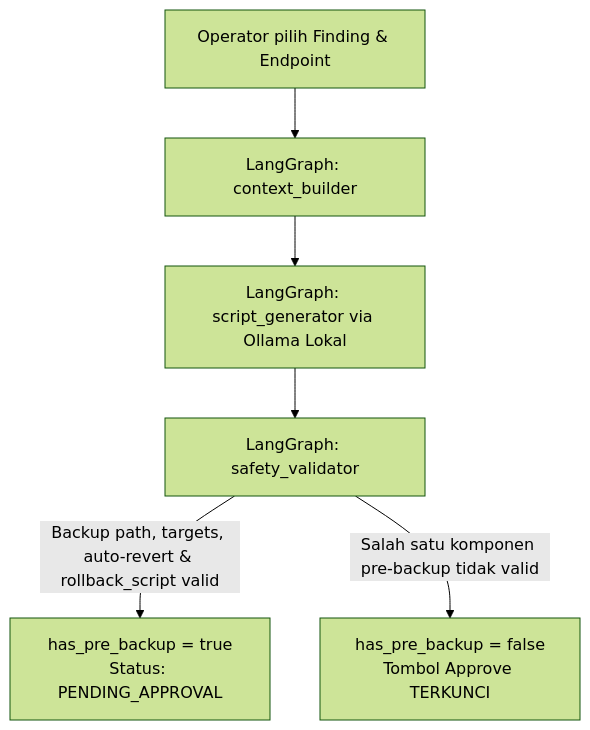
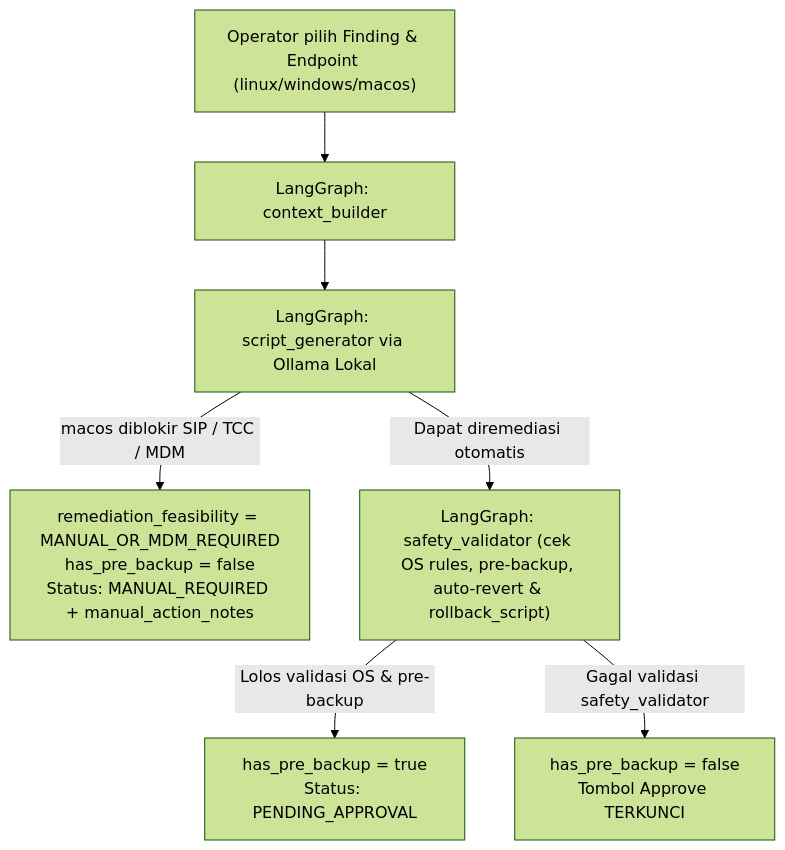
One commit to hardiyan46/Q-Shields changed the third of 5 diagrams in docs/PRD-Phase-1.md. Above: the diagram before and after it, drawn with Mermaid (forest theme). The commit also changed other lines of this file and 1 other file, not shown here.

Commit message:
docs: add PROJECT_SPEC.md and align PRD-Phase-1.md for linux, windows, and macos

````diff
--- a/docs/PRD-Phase-1.md
+++ b/docs/PRD-Phase-1.md
@@ -183,8 +196,9 @@
 ```mermaid
 flowchart TD
-    A["Operator pilih Finding & Endpoint"] --> B["LangGraph: context_builder"]
+    A["Operator pilih Finding & Endpoint (linux/windows/macos)"] --> B["LangGraph: context_builder"]
     B --> C["LangGraph: script_generator via Ollama Lokal"]
-    C --> D["LangGraph: safety_validator"]
-    D -->|"Backup path, targets, auto-revert & rollback_script valid"| E["has_pre_backup = true\nStatus: PENDING_APPROVAL"]
-    D -->|"Salah satu komponen pre-backup tidak valid"| F["has_pre_backup = false\nTombol Approve TERKUNCI"]
+    C -->|"macos diblokir SIP / TCC / MDM"| M["remediation_feasibility = MANUAL_OR_MDM_REQUIRED\nhas_pre_backup = false\nStatus: MANUAL_REQUIRED + manual_action_notes"]
+    C -->|"Dapat diremediasi otomatis"| D["LangGraph: safety_validator (cek OS rules, pre-backup, auto-revert & rollback_script)"]
+    D -->|"Lolos validasi OS & pre-backup"| E["has_pre_backup = true\nStatus: PENDING_APPROVAL"]
+    D -->|"Gagal validasi safety_validator"| F["has_pre_backup = false\nTombol Approve TERKUNCI"]
 ```
````
